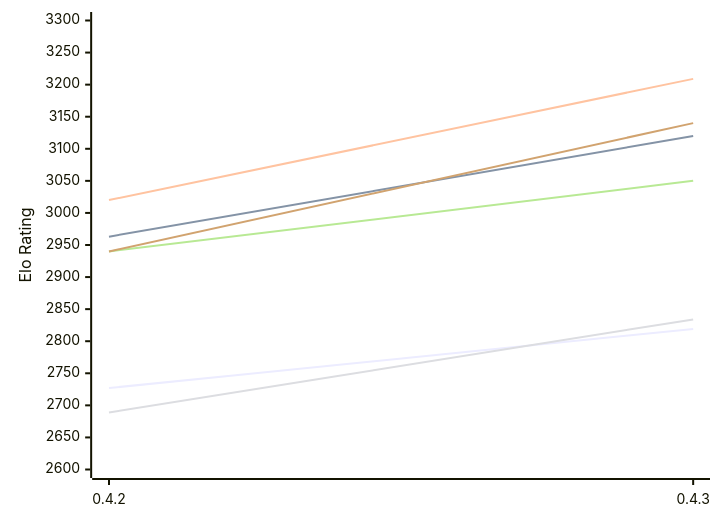
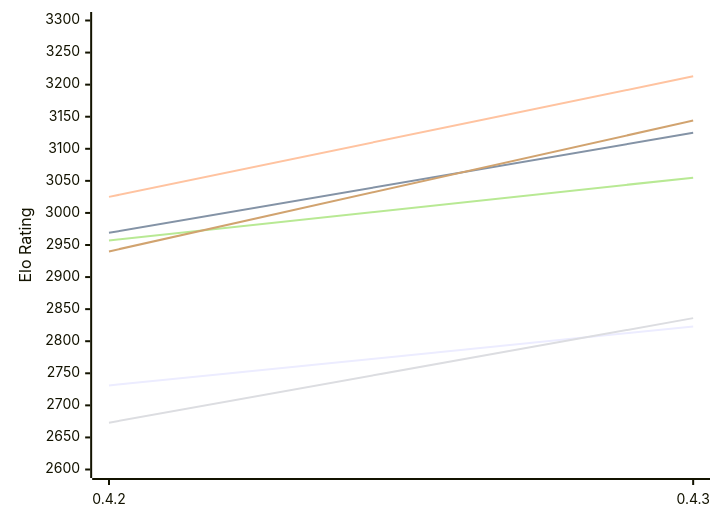
One commit to computer-chess-index/cci changed the first of 2 diagrams in engines/Dual.md. Above: the diagram before and after it, drawn with Mermaid. The commit also changed other lines of this file, not shown here.

Commit message:
Update CCI Ratings (ELO VLTC) - 2026-11-20

````diff
--- a/engines/Dual.md
+++ b/engines/Dual.md
@@ -56,12 +56,12 @@
 ```mermaid
 %%{init: {"theme":"base","themeVariables":{"seriesColors:['#a3a3a3','#222221','#faa371']}}}%%
 xychart-beta
   x-axis ["0.4.2", "0.4.3"]
   y-axis "Elo Rating" 2600 --> 3300
-  line "E1: STC (8.0+0.08s)" [2727, 2819]
-  line "E1: LTC (60.0+0.60s)" [2963, 3120]
-  line "E1: VLTC (2m24s+1.12s)" [3020, 3209]
-  line "P1: STC (8.0+0.08s)" [2689, 2834]
-  line "P1: LTC (60.0+0.60s)" [2940, 3050]
-  line "P1: VLTC (2m24s+1.12s)" [2940, 3140]
+  line "E1: STC (8.0+0.08s)" [2731, 2823]
+  line "E1: LTC (60.0+0.60s)" [2969, 3125]
+  line "E1: VLTC (2m24s+1.12s)" [3025, 3213]
+  line "P1: STC (8.0+0.08s)" [2673, 2836]
+  line "P1: LTC (60.0+0.60s)" [2957, 3055]
+  line "P1: VLTC (2m24s+1.12s)" [2940, 3144]
 ```
````
